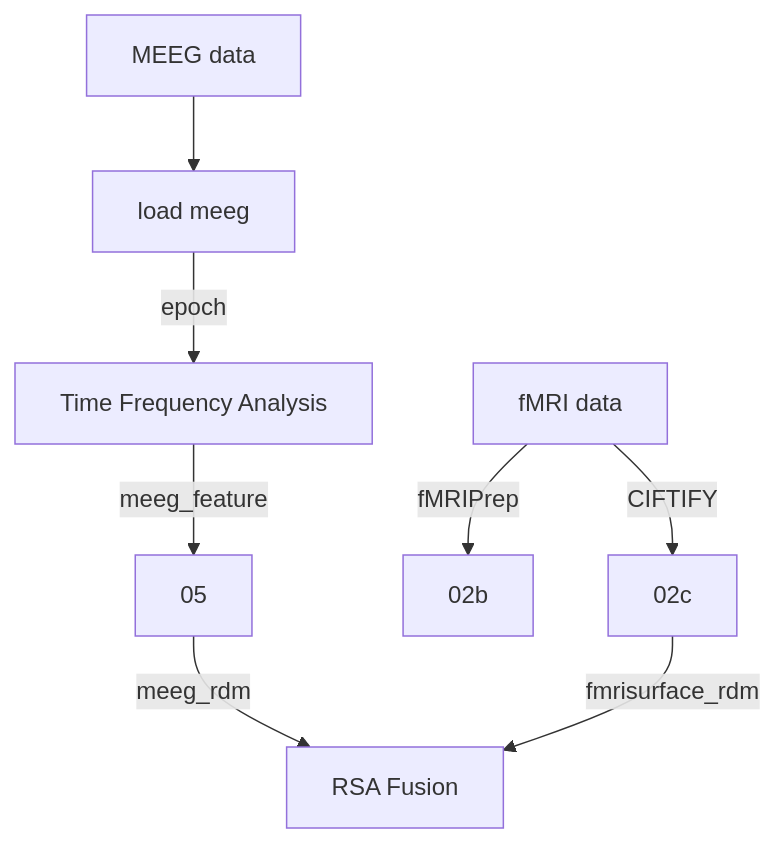
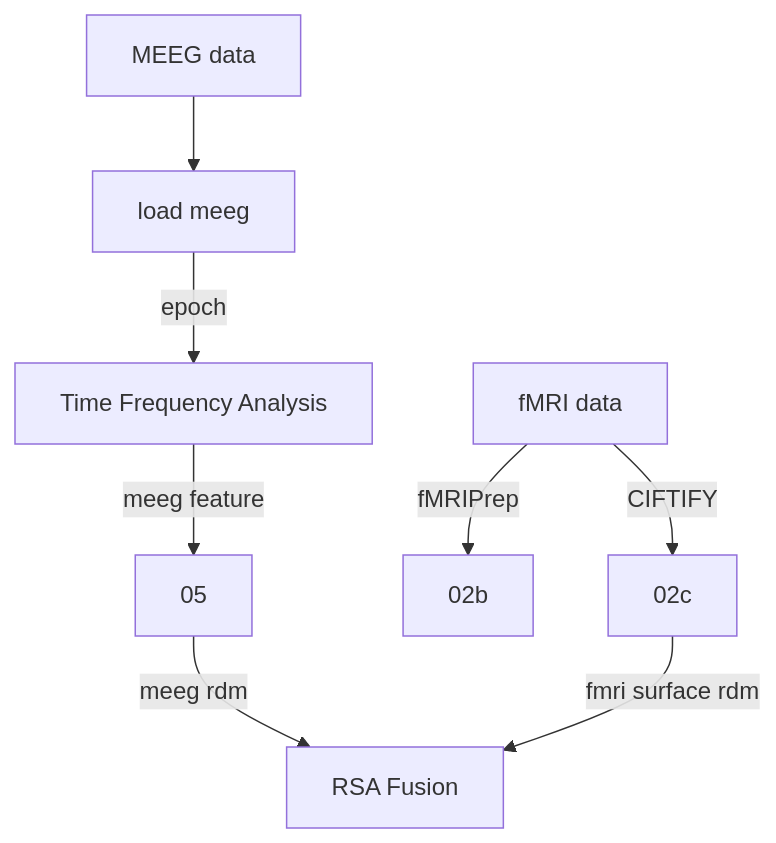
One commit to AKGG0328/S.O.P.H.I.A.---Spatiotemporal-Optimization-Package-for-Heterogeneous-Imaging-Alignment changed the diagram in README.md. Above: the diagram before and after it, drawn with Mermaid.

````diff
--- a/README.md
+++ b/README.md
@@ -40,10 +40,10 @@
 ```mermaid
 flowchart TD
- A[MEEG data]--> C[load meeg] --epoch--> F[Time Frequency Analysis] --meeg_feature--> G[05]--meeg_rdm-->H[RSA_fusion]
+ A[MEEG data]--> C[load meeg] --epoch--> F[Time Frequency Analysis] --meeg feature--> G[05]--meeg rdm-->H[RSA fusion]
  B[fMRI data]--fMRIPrep--> D[02b]
  B--CIFTIFY--> E[02c]
- E--fmrisurface_rdm-->H[RSA Fusion]
+ E--fmri surface rdm-->H[RSA Fusion]
 
 
 
 ```
````
